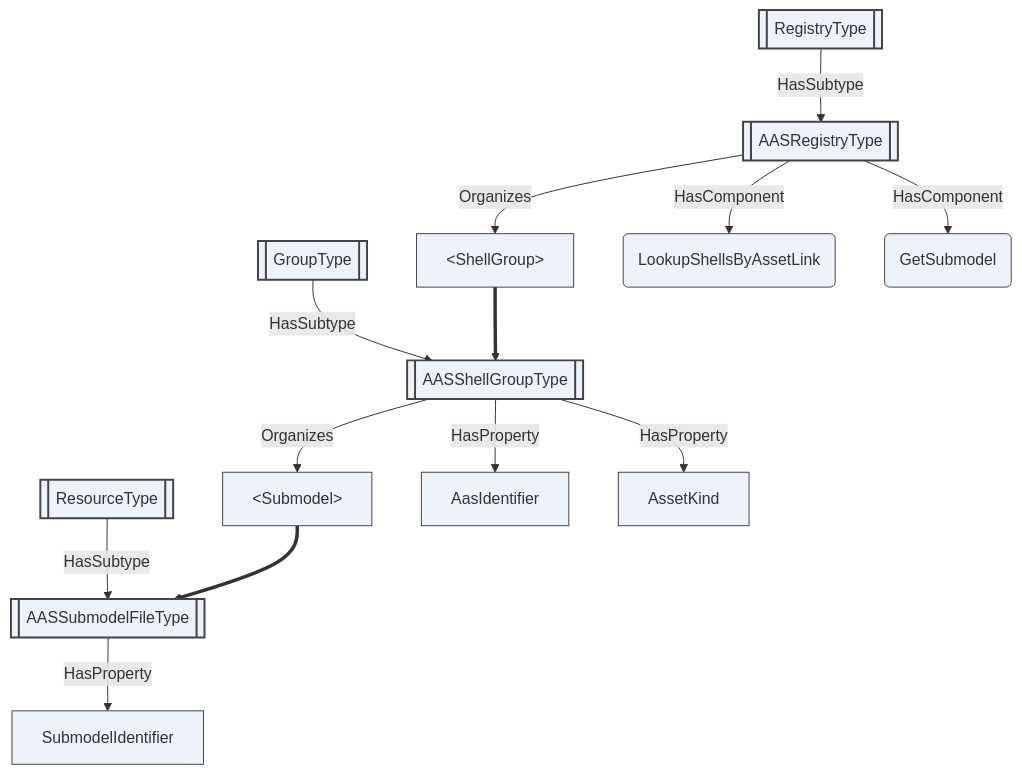
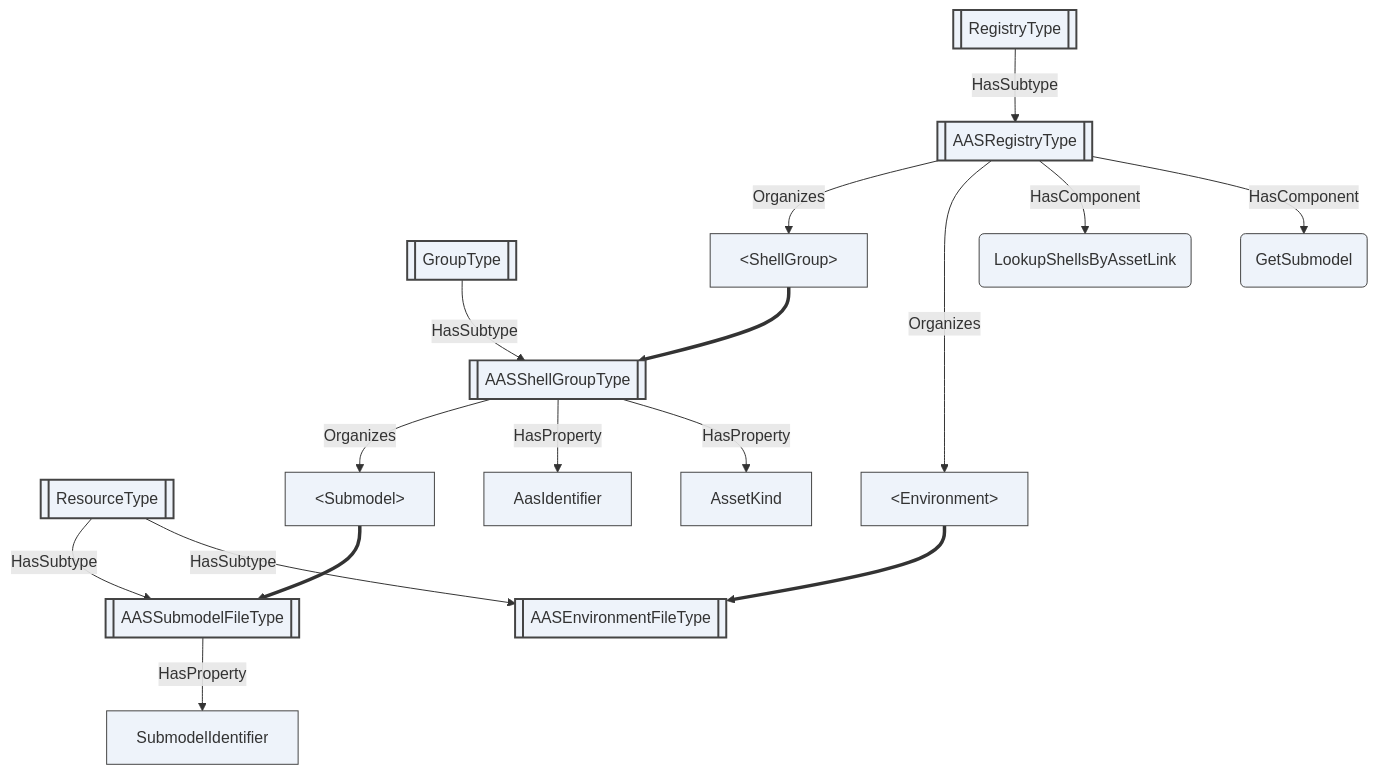
Diagram 11 of 15 in companion-specs/AAS/OPC-UA-AAS.md (marcschier/opcua-drafts), drawn with Mermaid before and after one commit. The commit also changed other lines of this file and 2 other files, not shown here.

````diff
--- a/companion-specs/AAS/OPC-UA-AAS.md
+++ b/companion-specs/AAS/OPC-UA-AAS.md
@@ -1026,34 +1085,39 @@
 ```mermaid
 flowchart TD
   BREG[[RegistryType]]:::objecttype
   BGRP[[GroupType]]:::objecttype
   BRES[[ResourceType]]:::objecttype
   REG[[AASRegistryType]]:::objecttype
   SGT[[AASShellGroupType]]:::objecttype
   SFT[[AASSubmodelFileType]]:::objecttype
+  EFT[[AASEnvironmentFileType]]:::objecttype
   SG[&lt;ShellGroup&gt;]:::object
   SM[&lt;Submodel&gt;]:::object
+  ENV[&lt;Environment&gt;]:::object
   LOOK(LookupShellsByAssetLink):::method
   GET(GetSubmodel):::method
   AID[AasIdentifier]:::variable
   SID[SubmodelIdentifier]:::variable
   AK[AssetKind]:::variable
 
   BREG -->|HasSubtype| REG
   BGRP -->|HasSubtype| SGT
   BRES -->|HasSubtype| SFT
+  BRES -->|HasSubtype| EFT
   REG -->|Organizes| SG
+  REG -->|Organizes| ENV
   REG -->|HasComponent| LOOK
   REG -->|HasComponent| GET
   SG ==> SGT
   SGT -->|Organizes| SM
   SM ==> SFT
+  ENV ==> EFT
   SGT -->|HasProperty| AID
   SGT -->|HasProperty| AK
   SFT -->|HasProperty| SID
 
   classDef object fill:#eef3fa,stroke:#444
   classDef variable fill:#eef3fa,stroke:#444
   classDef method fill:#eef3fa,stroke:#444
   classDef objecttype fill:#eef3fa,stroke:#444,stroke-width:2px
 ```
````
